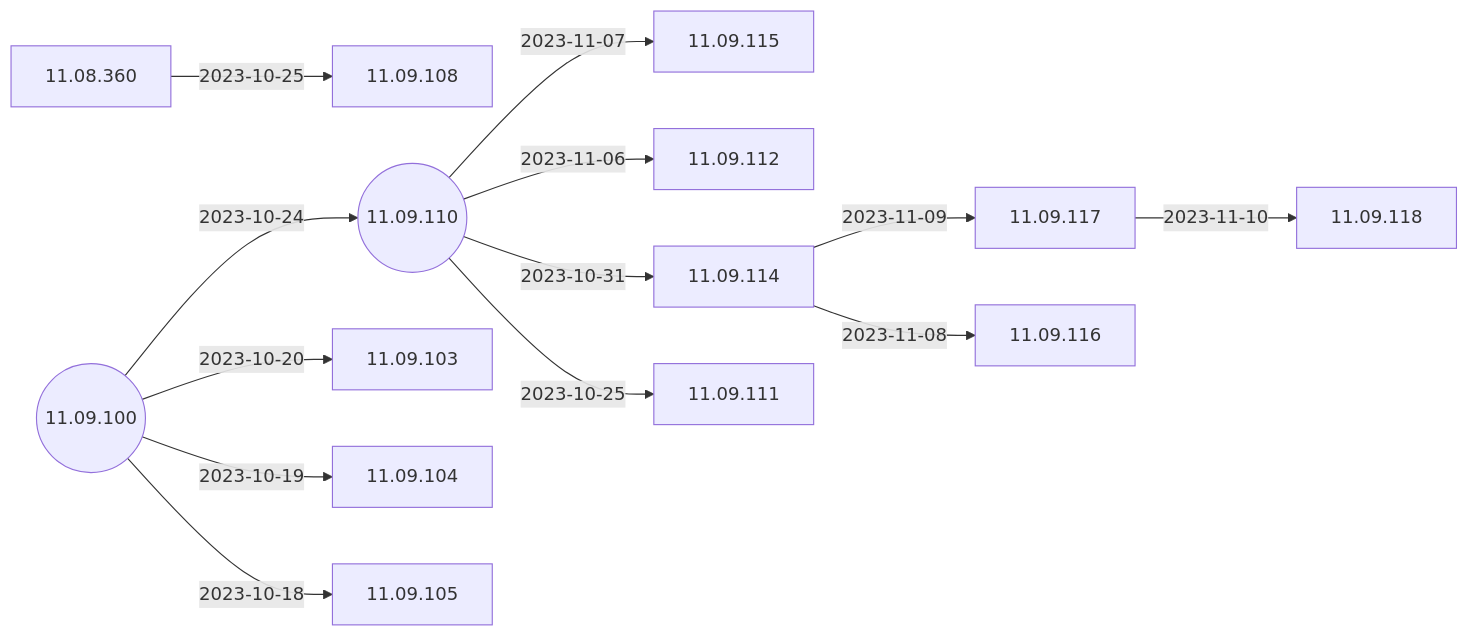
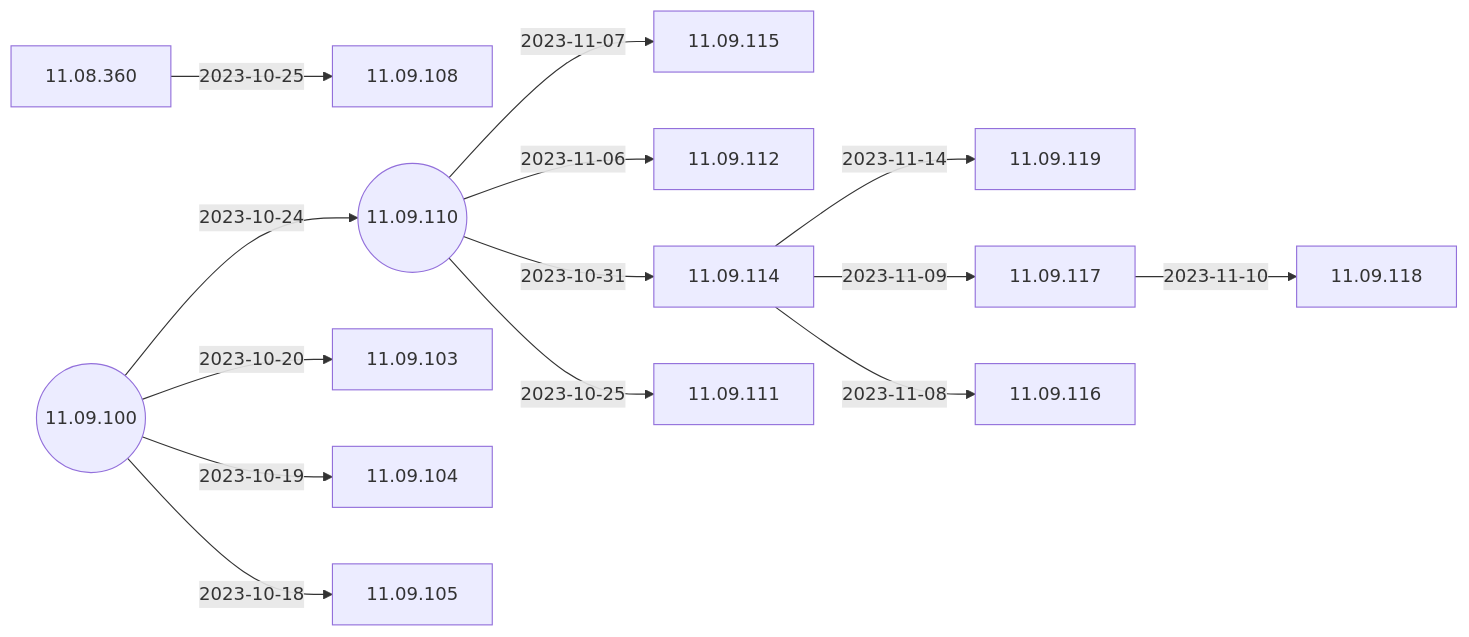
The second of 5 diagrams in docs/Docs/ReleaseNotes/01-OS11/README.md (IGEL-Community/IGEL-Docs-v02), drawn with Mermaid before and after one commit. The commit also changed 2 other files, not shown here.

Commit message:
11.09.119 < 11.09.114

````diff
--- a/docs/Docs/ReleaseNotes/01-OS11/README.md
+++ b/docs/Docs/ReleaseNotes/01-OS11/README.md
@@ -41,29 +41,31 @@
 ```mermaid
 flowchart LR
+    11.09.114-- 2023-11-14 -->11.09.119
     11.09.117-- 2023-11-10 -->11.09.118
     11.09.114-- 2023-11-09 -->11.09.117
     11.09.114-- 2023-11-08 -->11.09.116
     11.09.110-- 2023-11-07 -->11.09.115
     11.09.110-- 2023-11-06 -->11.09.112
     11.09.110-- 2023-10-31 -->11.09.114
     11.08.360-- 2023-10-25 -->11.09.108
     11.09.110-- 2023-10-25 -->11.09.111
     11.09.100-- 2023-10-24 -->11.09.110((11.09.110))
     11.09.100-- 2023-10-20 -->11.09.103
     11.09.100-- 2023-10-19 -->11.09.104
     11.09.100-- 2023-10-18 -->11.09.105
     11.09.100((11.09.100))
+    click 11.09.119 "https://github.com/IGEL-Community/IGEL-Docs-v02/tree/main/docs/Docs/ReleaseNotes/01-OS11/readme11.09.119.txt" _blank
     click 11.09.118 "https://github.com/IGEL-Community/IGEL-Docs-v02/tree/main/docs/Docs/ReleaseNotes/01-OS11/readme11.09.118.txt" _blank
     click 11.09.117 "https://github.com/IGEL-Community/IGEL-Docs-v02/tree/main/docs/Docs/ReleaseNotes/01-OS11/readme11.09.117.txt" _blank
     click 11.09.116 "https://github.com/IGEL-Community/IGEL-Docs-v02/tree/main/docs/Docs/ReleaseNotes/01-OS11/readme11.09.116.txt" _blank
     click 11.09.115 "https://github.com/IGEL-Community/IGEL-Docs-v02/tree/main/docs/Docs/ReleaseNotes/01-OS11/readme11.09.115.txt" _blank
     click 11.09.112 "https://github.com/IGEL-Community/IGEL-Docs-v02/tree/main/docs/Docs/ReleaseNotes/01-OS11/readme11.09.112.txt" _blank
     click 11.09.114 "https://github.com/IGEL-Community/IGEL-Docs-v02/tree/main/docs/Docs/ReleaseNotes/01-OS11/readme11.09.114.txt" _blank
     click 11.09.108 "https://github.com/IGEL-Community/IGEL-Docs-v02/tree/main/docs/Docs/ReleaseNotes/01-OS11/readme11.09.108.txt" _blank
     click 11.09.111 "https://github.com/IGEL-Community/IGEL-Docs-v02/tree/main/docs/Docs/ReleaseNotes/01-OS11/readme11.09.111.txt" _blank
     click 11.09.110 "https://github.com/IGEL-Community/IGEL-Docs-v02/tree/main/docs/Docs/ReleaseNotes/01-OS11/readme11.09.110.txt" _blank
     click 11.09.103 "https://github.com/IGEL-Community/IGEL-Docs-v02/tree/main/docs/Docs/ReleaseNotes/01-OS11/readme11.09.103.txt" _blank
     click 11.09.104 "https://github.com/IGEL-Community/IGEL-Docs-v02/tree/main/docs/Docs/ReleaseNotes/01-OS11/readme11.09.104.txt" _blank
     click 11.09.105 "https://github.com/IGEL-Community/IGEL-Docs-v02/tree/main/docs/Docs/ReleaseNotes/01-OS11/readme11.09.105.txt" _blank
     click 11.09.100 "https://github.com/IGEL-Community/IGEL-Docs-v02/tree/main/docs/Docs/ReleaseNotes/01-OS11/readme11.09.100.txt" _blank
 ```
````
